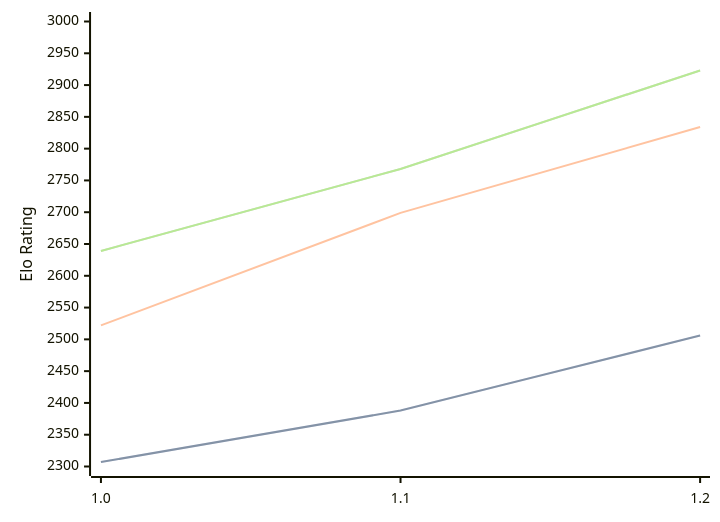
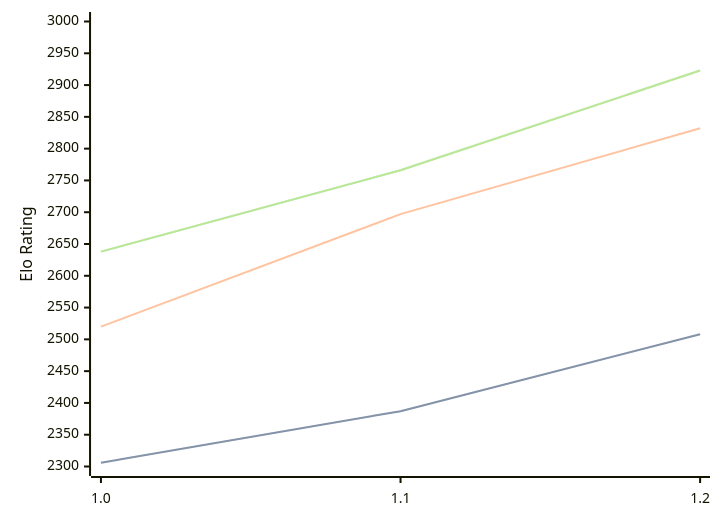
The diagram in engines/FoxChess.md (computer-chess-index/cci), drawn with Mermaid before and after one commit. The commit also changed other lines of this file, not shown here.

Commit message:
Update CCI Ratings (ELO VLTC) - 2026-08-04

````diff
--- a/engines/FoxChess.md
+++ b/engines/FoxChess.md
@@ -33,11 +33,11 @@
 ```mermaid
 %%{init: {"theme":"base","themeVariables":{"seriesColors:['#a3a3a3','#222221','#faa371']}}}%%
 xychart-beta
   x-axis ["1.0", "1.1", "1.2"]
   y-axis "Elo Rating" 2300 --> 3000
-  line "STC (8.0+0.08s)" [2307, 2388, 2506]
-  line "STC (8.0+0.08s)" [2307, 2388, 2506]
-  line "LTC (60.0+0.60s)" [2522, 2699, 2834]
-  line "VLTC (2m24s+1.12s)" [2639, 2768, 2923]
-  line "VLTC (2m24s+1.12s)" [2639, 2768, 2923]
+  line "STC (8.0+0.08s)" [2306, 2387, 2508]
+  line "STC (8.0+0.08s)" [2306, 2387, 2508]
+  line "LTC (60.0+0.60s)" [2520, 2697, 2832]
+  line "VLTC (2m24s+1.12s)" [2638, 2766, 2923]
+  line "VLTC (2m24s+1.12s)" [2638, 2766, 2923]
 ```
````
